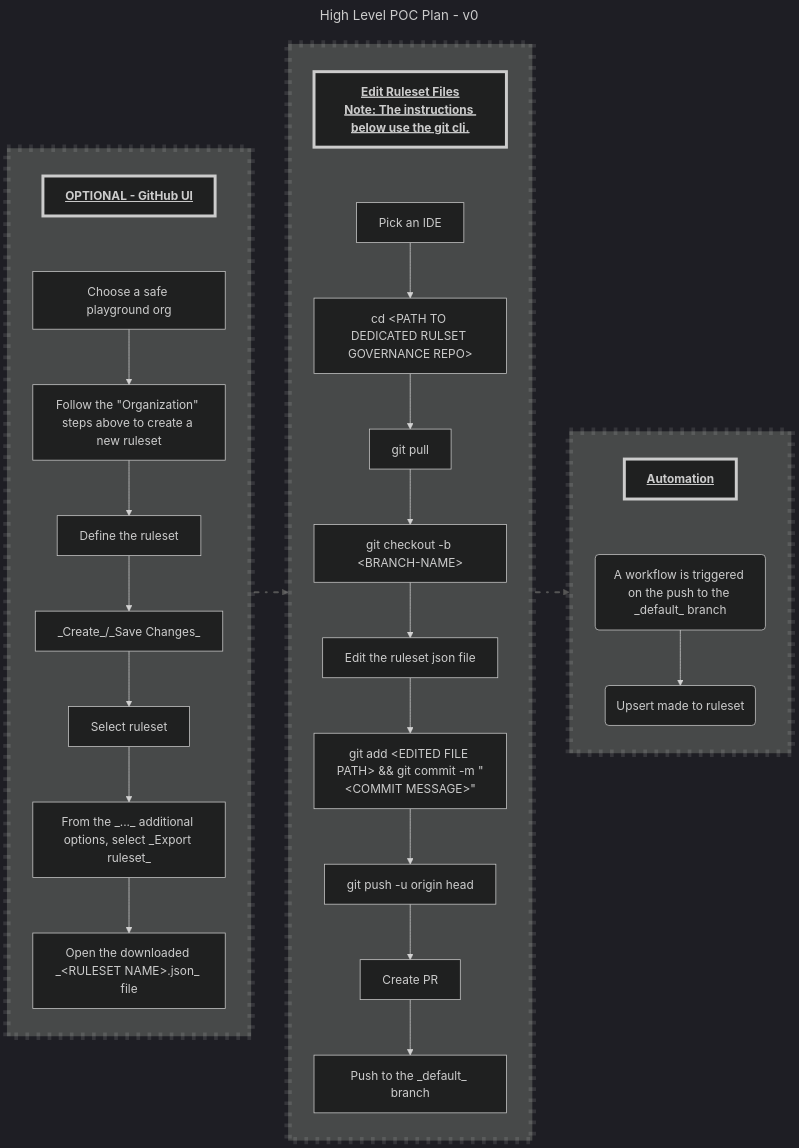
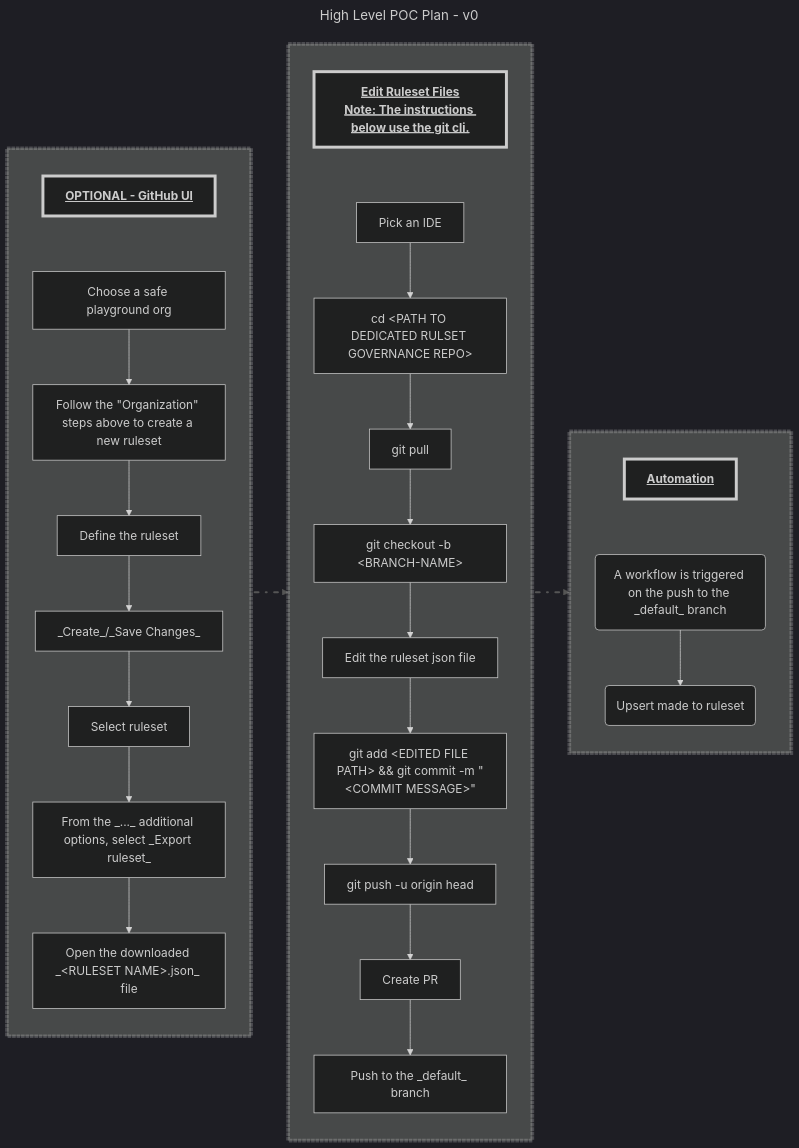
Before and after one commit to jwilliams-gh-sandbox/ruleset-governance: the diagram in .github/README.md, drawn with Mermaid.

Commit message:
more readme updates

````diff
--- a/.github/README.md
+++ b/.github/README.md
@@ -50,54 +50,54 @@
 ```mermaid
 ---
 title: High Level POC Plan - v0
 ---
 %%{init: {'theme':'dark'}}%%
 flowchart LR
     subgraph optional_ui[ ]
         direction TB
         title_optional_ui["OPTIONAL - GitHub UI"] ~~~ choose_playground["Choose a safe playground org"]
         choose_playground --> follow_steps["Follow the #quot;Organization#quot; steps above to create a new ruleset"]
         follow_steps --> define_props["Define the ruleset"]
         define_props --> create["_Create_/_Save Changes_"]
         create --> select_ruleset["Select ruleset"]
         select_ruleset --> export["From the _..._ additional options, select _Export ruleset_"]
         export --> download["Open the downloaded _&lt;RULESET NAME&gt;.json_ file"]
     end
 
     subgraph edit_rulesets[ ]
         direction TB
         title_edit_rulesets["Edit Ruleset Files<br />Note: The instructions below use the git cli."] ~~~ pick_ide["Pick an IDE"]
         pick_ide --> cd_repo["`cd &lt;PATH TO DEDICATED RULSET GOVERNANCE REPO&gt;`"]
         cd_repo --> git_pull["`git pull`"]
         git_pull --> git_checkout["`git checkout -b &lt;BRANCH-NAME&gt;`"]
         git_checkout --> edit_file["Edit the ruleset json file"]
         edit_file --> gcam["`git add &lt;EDITED FILE PATH&gt; && git commit -m #quot;&lt;COMMIT MESSAGE&gt;#quot;`"]
         gcam --> git_push["`git push -u origin head`"]
         git_push --> create_pr["Create PR"]
         create_pr --> push_default["Push to the _default_ branch"]
     end
 
     optional_ui optional_ui_to_edit_rulesets@--> edit_rulesets
 
     subgraph automation[ ]
         direction TB
         title_automation["Automation"] ~~~ workflow_trigger("A workflow is triggered on the push to the _default_ branch")
         workflow_trigger --> workflow_diff_discovery("Upsert made to ruleset")
     end
 
     edit_rulesets edit_rulesets_to_automation@--> automation
 
     %% arrow styles
     classDef animate_arrow stroke: #555, stroke-linecap:round, stroke-dasharray: 1 10 5 10, stroke-dashoffset: 500px, stroke-width:3px, animation: dash 50s linear infinite;
     class optional_ui_to_edit_rulesets,edit_rulesets_to_automation animate_arrow
 
     %% title styles
     classDef title stroke-width:4px, text-decoration: underline, font-weight:bold;
     class title_optional_ui,title_edit_rulesets,title_automation title
 
     %% subgraph styles
-    classDef _subgraph stroke-width:10px, stroke-dasharray: 5 10, stoke-linecap: round, stroke-opacity: 40%;
+    classDef _subgraph stroke-width:5px, stroke-dasharray: 5 1, stoke-linecap: round, stroke-opacity: 80%;
     class optional_ui,edit_rulesets,automation _subgraph
 
 
 ```
````
